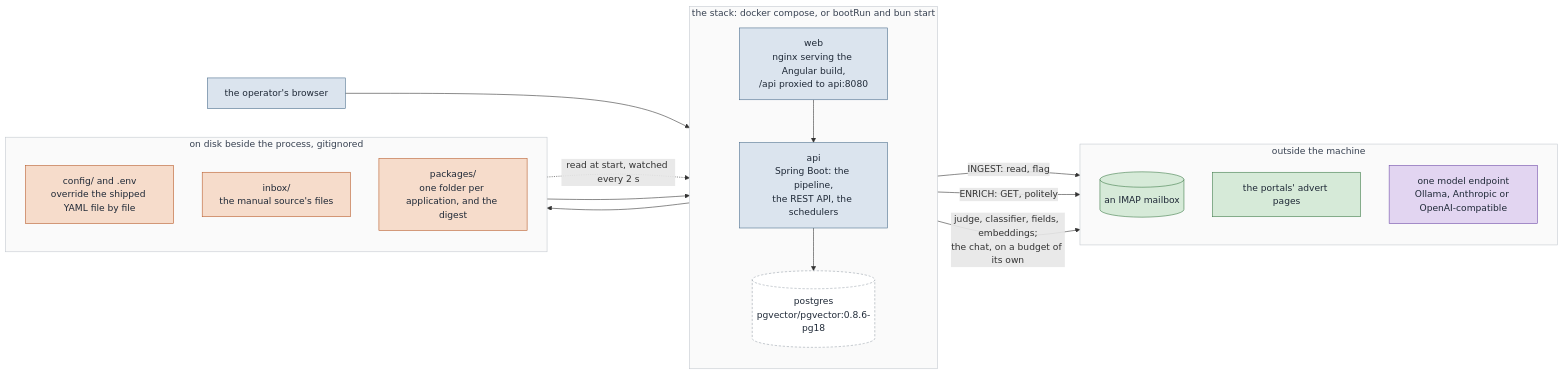
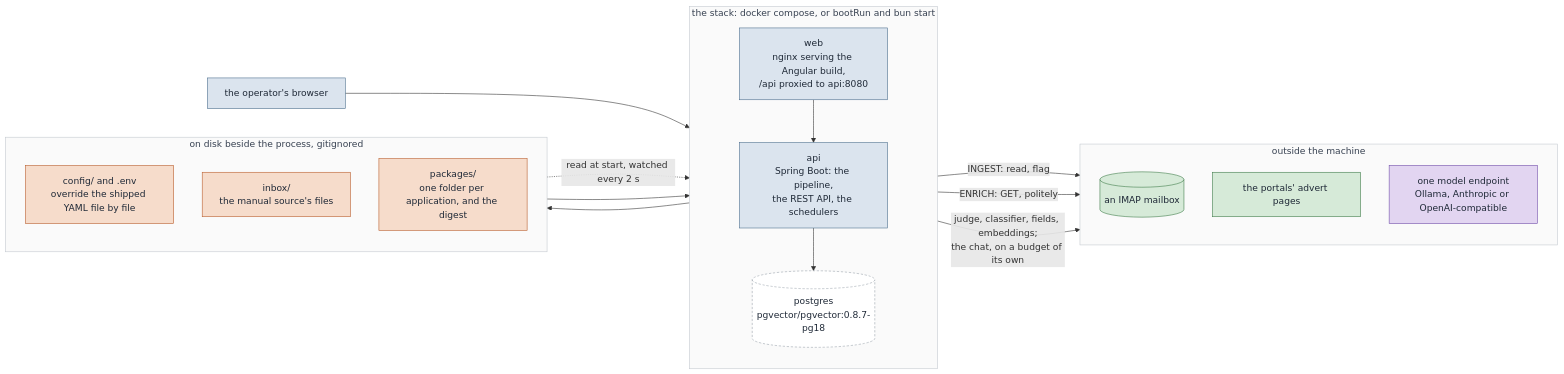
One commit to codeministry/leadgen changed the first of 6 diagrams in docs/ARCHITECTURE.md. Above: the diagram before and after it, drawn with Mermaid. The commit also changed 13 other files, not shown here.

````diff
--- a/docs/ARCHITECTURE.md
+++ b/docs/ARCHITECTURE.md
@@ -32,45 +32,45 @@
 ```mermaid
 %%{init: {"themeVariables": {"clusterBkg":"#fafafa","clusterBorder":"#c3c8cf","titleColor":"#374151","mainBkg":"#eef1f5","nodeBorder":"#9aa3ad","primaryTextColor":"#1f2937"}}}%%
 flowchart LR
     classDef free fill:#dbe4ee,stroke:#4a6d8c,color:#1f2937
     classDef model fill:#e2d5f1,stroke:#6f4aa8,color:#1f2937
     classDef net fill:#d6ead8,stroke:#3d7a48,color:#1f2937
     classDef file fill:#f6dccb,stroke:#b85c2a,color:#1f2937
     classDef row fill:#ffffff,stroke:#9aa3ad,color:#1f2937,stroke-dasharray:4 3
     classDef zone fill:#fafafa,stroke:#c3c8cf,color:#374151
 
     person["the operator's browser"]
     subgraph stack["the stack: docker compose, or bootRun and bun start"]
         direction TB
         web["web<br/>nginx serving the Angular build,<br/>/api proxied to api:8080"]
         api["api<br/>Spring Boot: the pipeline,<br/>the REST API, the schedulers"]
-        db[("postgres<br/>pgvector/pgvector:0.8.6-pg18")]
+        db[("postgres<br/>pgvector/pgvector:0.8.7-pg18")]
         web --> api --> db
     end
     subgraph outside["outside the machine"]
         direction TB
         mail[("an IMAP mailbox")]
         portals["the portals' advert pages"]
         llm["one model endpoint<br/>Ollama, Anthropic or OpenAI-compatible"]
     end
     subgraph disk["on disk beside the process, gitignored"]
         direction TB
         cfg["config/ and .env<br/>override the shipped YAML file by file"]
         inbox["inbox/<br/>the manual source's files"]
         out["packages/<br/>one folder per application, and the digest"]
     end
     person --> web
     api -- "INGEST: read, flag" --> mail
     api -- "ENRICH: GET, politely" --> portals
     api -- "judge, classifier, fields, embeddings;<br/>the chat, on a budget of its own" --> llm
     cfg -. "read at start, watched every 2 s" .-> api
     inbox --> api
     api --> out
 
     class person,web,api free
     class mail,portals net
     class llm model
     class cfg,inbox,out file
     class db row
     class stack,outside,disk zone
 ```
````
